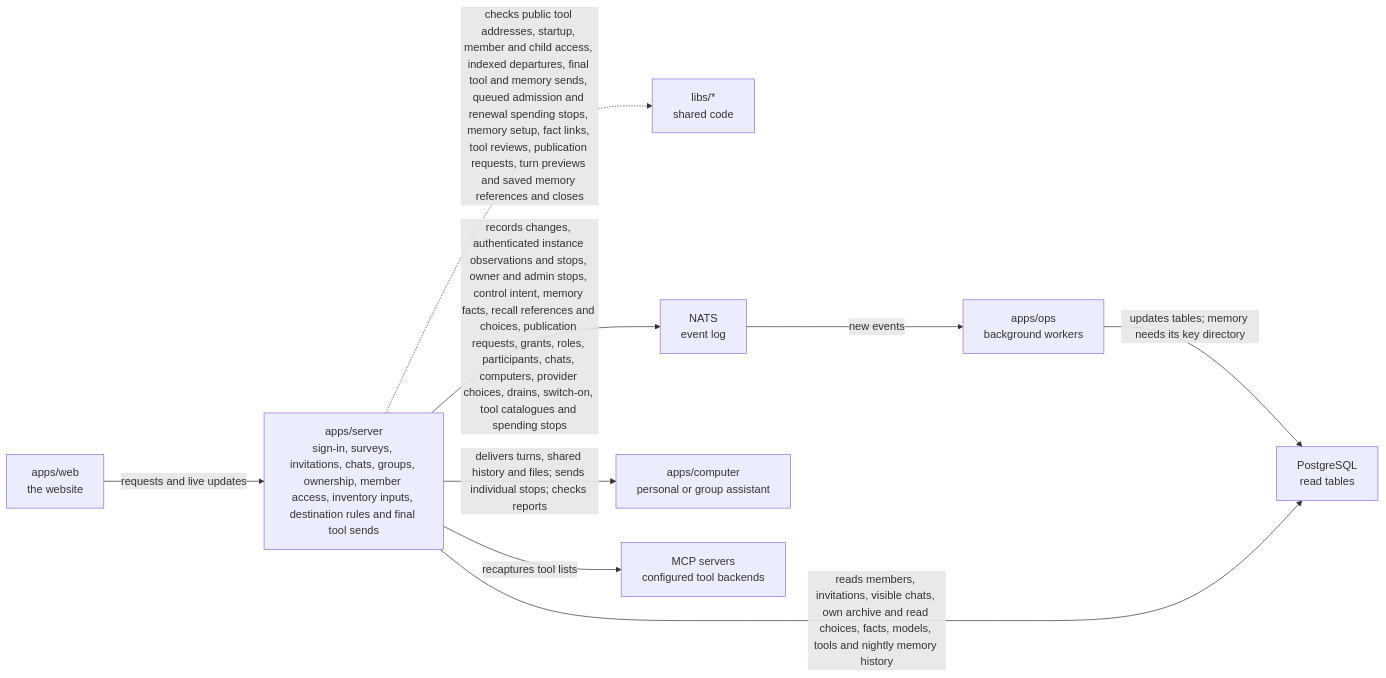
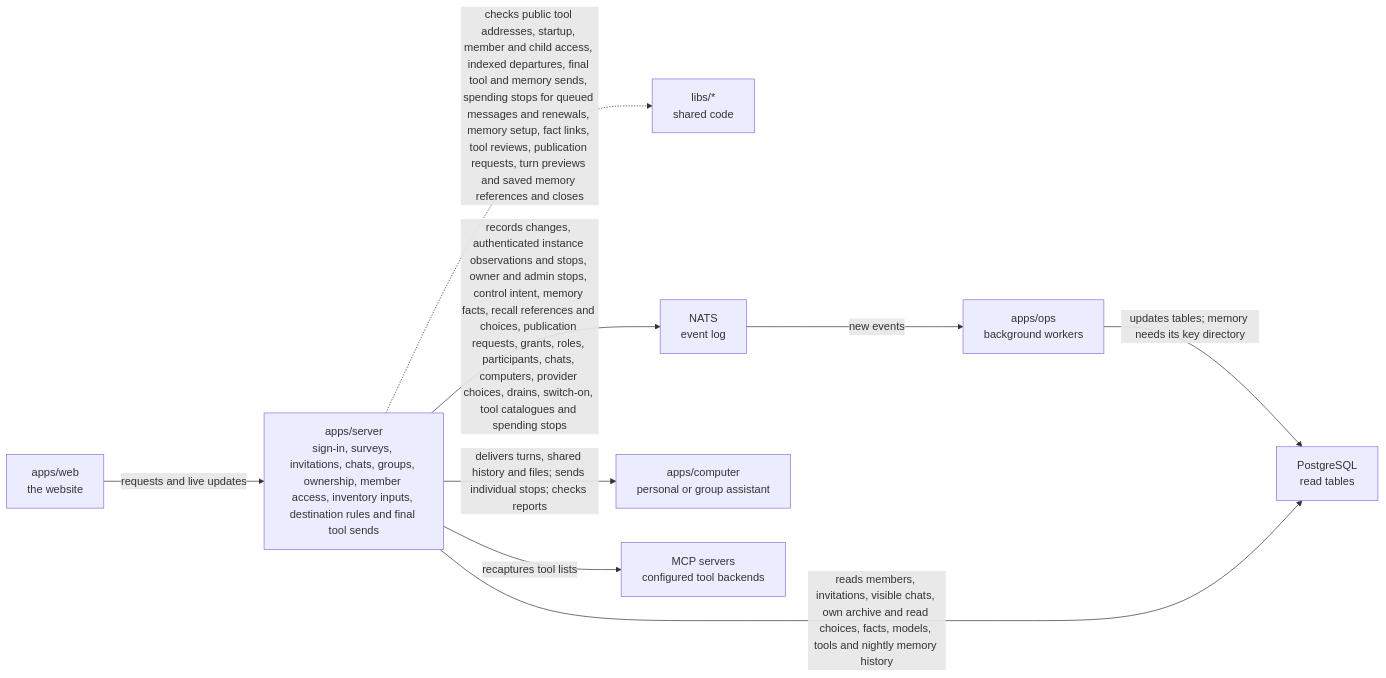
One commit to elewa-git/opencrane-new changed the diagram in apps/server/README.md. Above: the diagram before and after it, drawn with Mermaid. The commit also changed other lines of this file and 8 other files, not shown here.

Commit message:
🛑 Keep queued payer and position through admission and sending

````diff
--- a/apps/server/README.md
+++ b/apps/server/README.md
@@ -11,11 +11,11 @@
 ```mermaid
 flowchart LR
   web["apps/web<br/>the website"] -->|requests and live updates| server["apps/server<br/>sign-in, surveys, invitations, chats, groups, ownership, member access, inventory inputs, destination rules and final tool sends"]
-  server -.->|checks public tool addresses, startup, member and child access, indexed departures, final tool and memory sends, queued admission and renewal spending stops, memory setup, fact links, tool reviews, publication requests, turn previews and saved memory references and closes| libs["libs/*<br/>shared code"]
+  server -.->|checks public tool addresses, startup, member and child access, indexed departures, final tool and memory sends, spending stops for queued messages and renewals, memory setup, fact links, tool reviews, publication requests, turn previews and saved memory references and closes| libs["libs/*<br/>shared code"]
   server -->|records changes, authenticated instance observations and stops, owner and admin stops, control intent, memory facts, recall references and choices, publication requests, grants, roles, participants, chats, computers, provider choices, drains, switch-on, tool catalogues and spending stops| nats["NATS<br/>event log"]
   nats -->|new events| ops["apps/ops<br/>background workers"]
   ops -->|updates tables; memory needs its key directory| postgres["PostgreSQL<br/>read tables"]
   server -->|reads members, invitations, visible chats, own archive and read choices, facts, models, tools and nightly memory history| postgres
   server -->|delivers turns, shared history and files; sends individual stops; checks reports| computer["apps/computer<br/>personal or group assistant"]
   server -->|recaptures tool lists| mcp["MCP servers<br/>configured tool backends"]
 ```
````
